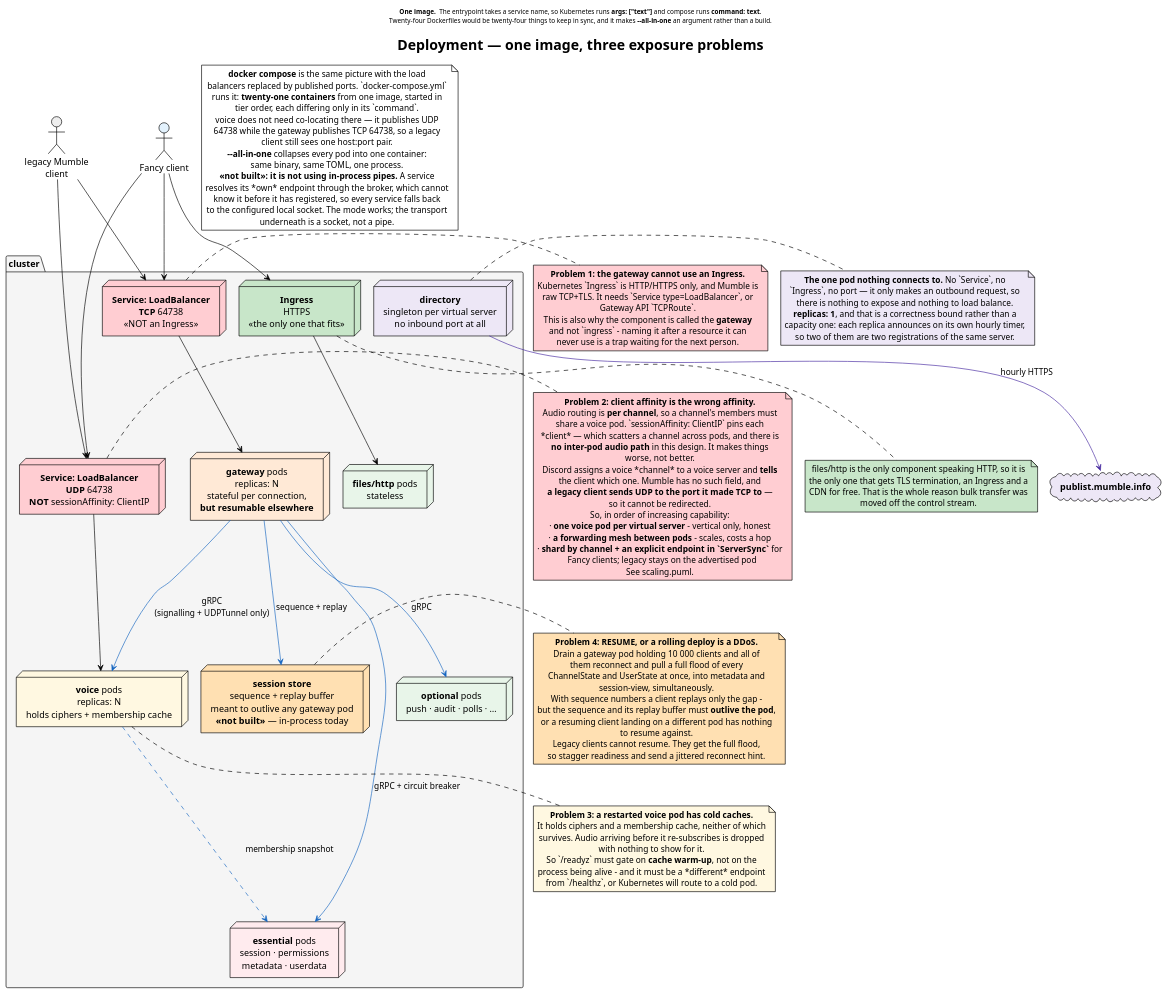
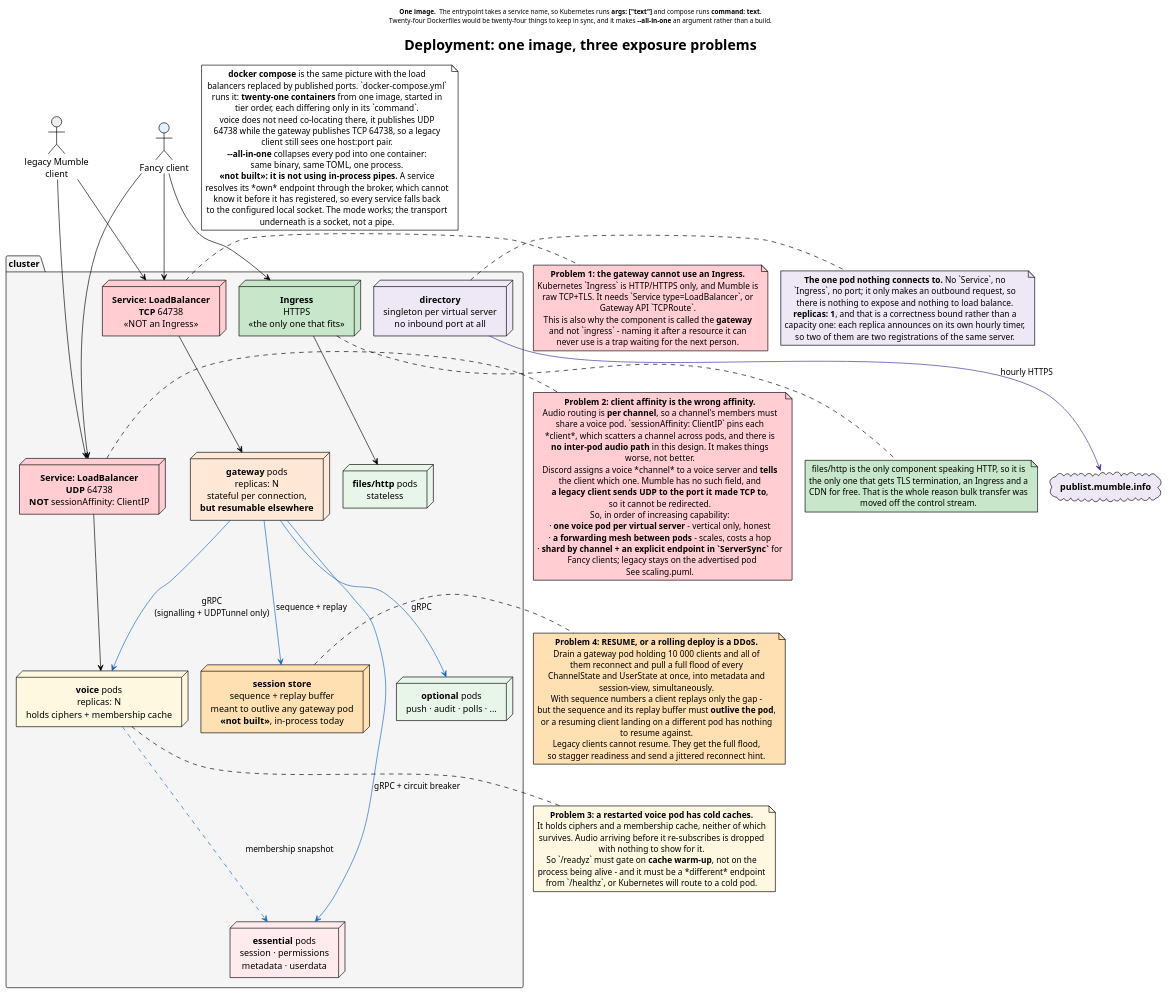
Before and after one commit to Fancy-Mumble/starling: the diagram in docs/diagrams/deployment.puml, drawn with PlantUML. The commit also changed 219 other files, not shown here.

```diff
--- a/docs/diagrams/deployment.puml
+++ b/docs/diagrams/deployment.puml
@@ -1,139 +1,139 @@
 @startuml deployment
 !theme plain
 skinparam componentStyle rectangle
 skinparam shadowing false
 skinparam nodesep 20
 skinparam ranksep 45
 skinparam defaultTextAlignment center
 
-title Deployment — one image, three exposure problems
+title Deployment: one image, three exposure problems
 
 header
 <b>One image.</b>  The entrypoint takes a service name, so Kubernetes runs <b>args: ["text"]</b> and compose runs <b>command: text</b>.
 Twenty-four Dockerfiles would be twenty-four things to keep in sync, and it makes <b>--all-in-one</b> an argument rather than a build.
 endheader
 
 actor "legacy Mumble\nclient" as legacy #EEEEEE
 actor "Fancy client" as fancy #E3F2FD
 
 package "cluster" as K8S #F5F5F5 {
 
   node "**Service: LoadBalancer**\n**TCP** 64738\n«NOT an Ingress»" as lbtcp #FFCDD2
   node "**Service: LoadBalancer**\n**UDP** 64738\n**NOT** sessionAffinity: ClientIP" as lbudp #FFCDD2
   node "**Ingress**\nHTTPS\n«the only one that fits»" as ing #C8E6C9
 
   node "**gateway** pods\nreplicas: N\nstateful per connection,\n**but resumable elsewhere**" as gwpod #FFE9D6
-  node "**session store**\nsequence + replay buffer\nmeant to outlive any gateway pod\n**«not built»** — in-process today" as sstore #FFE0B2
+  node "**session store**\nsequence + replay buffer\nmeant to outlive any gateway pod\n**«not built»**, in-process today" as sstore #FFE0B2
   node "**voice** pods\nreplicas: N\nholds ciphers + membership cache" as vpod #FFF8E1
   node "**files/http** pods\nstateless" as fpod #E8F5E9
   node "**essential** pods\nsession · permissions\nmetadata · userdata" as epod #FFEBEE
-  node "**optional** pods\npush · audit · polls · …" as opod #E8F5E9
+  node "**optional** pods\npush · audit · polls · ..." as opod #E8F5E9
   node "**directory**\nsingleton per virtual server\nno inbound port at all" as dpod #EDE7F6
 }
 
 cloud "**publist.mumble.info**" as publist #EDE7F6
 dpod -[#4527A0]-> publist : hourly HTTPS
 note right of dpod #EDE7F6
   **The one pod nothing connects to.** No `Service`, no
-  `Ingress`, no port — it only makes an outbound request, so
+  `Ingress`, no port; it only makes an outbound request, so
   there is nothing to expose and nothing to load balance.
   **replicas: 1**, and that is a correctness bound rather than a
   capacity one: each replica announces on its own hourly timer,
   so two of them are two registrations of the same server.
 end note
 
 legacy --> lbtcp
 fancy  --> lbtcp
 lbtcp  --> gwpod
 
 legacy --> lbudp
 fancy  --> lbudp
 lbudp  --> vpod
 
 fancy --> ing
 ing   --> fpod
 
 gwpod -[#1565C0]-> epod : gRPC + circuit breaker
 gwpod -[#1565C0]-> opod : gRPC
 gwpod -[#1565C0]-> vpod : gRPC\n(signalling + UDPTunnel only)
 gwpod -[#1565C0]-> sstore : sequence + replay
 vpod  -[#1565C0].-> epod : membership snapshot
 
 note right of sstore #FFE0B2
   **Problem 4: RESUME, or a rolling deploy is a DDoS.**
   Drain a gateway pod holding 10 000 clients and all of
   them reconnect and pull a full flood of every
   ChannelState and UserState at once, into metadata and
   session-view, simultaneously.
   With sequence numbers a client replays only the gap -
   but the sequence and its replay buffer must **outlive the pod**,
   or a resuming client landing on a different pod has nothing
   to resume against.
   Legacy clients cannot resume. They get the full flood,
   so stagger readiness and send a jittered reconnect hint.
 end note
 
 note right of lbtcp #FFCDD2
   **Problem 1: the gateway cannot use an Ingress.**
   Kubernetes `Ingress` is HTTP/HTTPS only, and Mumble is
   raw TCP+TLS. It needs `Service type=LoadBalancer`, or
   Gateway API `TCPRoute`.
   This is also why the component is called the **gateway**
   and not `ingress` - naming it after a resource it can
   never use is a trap waiting for the next person.
 end note
 
 note right of lbudp #FFCDD2
   **Problem 2: client affinity is the wrong affinity.**
   Audio routing is **per channel**, so a channel's members must
   share a voice pod. `sessionAffinity: ClientIP` pins each
-  *client* — which scatters a channel across pods, and there is
+  *client*, which scatters a channel across pods, and there is
   **no inter-pod audio path** in this design. It makes things
   worse, not better.
   Discord assigns a voice *channel* to a voice server and **tells**
   the client which one. Mumble has no such field, and
-  **a legacy client sends UDP to the port it made TCP to** —
+  **a legacy client sends UDP to the port it made TCP to**,
   so it cannot be redirected.
   So, in order of increasing capability:
   · **one voice pod per virtual server** - vertical only, honest
   · **a forwarding mesh between pods** - scales, costs a hop
   · **shard by channel + an explicit endpoint in `ServerSync`** for
     Fancy clients; legacy stays on the advertised pod
   See scaling.puml.
 end note
 
 note bottom of vpod #FFF8E1
   **Problem 3: a restarted voice pod has cold caches.**
   It holds ciphers and a membership cache, neither of which
   survives. Audio arriving before it re-subscribes is dropped
   with nothing to show for it.
   So `/readyz` must gate on **cache warm-up**, not on the
   process being alive - and it must be a *different* endpoint
   from `/healthz`, or Kubernetes will route to a cold pod.
 end note
 
 note bottom of ing #C8E6C9
   files/http is the only component speaking HTTP, so it is
   the only one that gets TLS termination, an Ingress and a
   CDN for free. That is the whole reason bulk transfer was
   moved off the control stream.
 end note
 
 note as COMPOSE #FFFFFF
   **docker compose** is the same picture with the load
   balancers replaced by published ports. `docker-compose.yml`
   runs it: **twenty-one containers** from one image, started in
   tier order, each differing only in its `command`.
-  voice does not need co-locating there — it publishes UDP
+  voice does not need co-locating there, it publishes UDP
   64738 while the gateway publishes TCP 64738, so a legacy
   client still sees one host:port pair.
   **--all-in-one** collapses every pod into one container:
   same binary, same TOML, one process.
   **«not built»: it is not using in-process pipes.** A service
   resolves its *own* endpoint through the broker, which cannot
   know it before it has registered, so every service falls back
   to the configured local socket. The mode works; the transport
   underneath is a socket, not a pipe.
 end note
 
 @enduml
```
